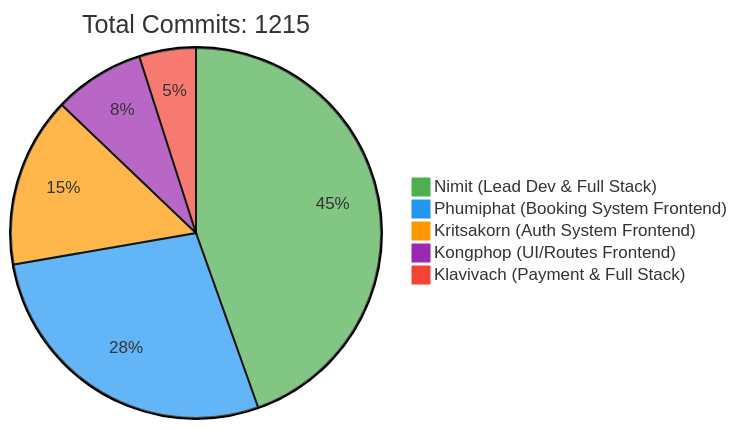
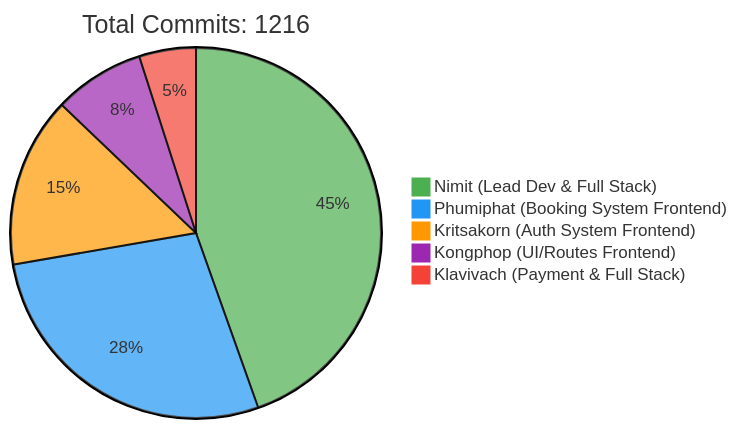
The first of 2 diagrams in README.md (6531503042/Sport-Complex), drawn with Mermaid before and after one commit. The commit also changed other lines of this file, not shown here.

Commit message:
docs: Update contributor statistics [skip ci]

````diff
--- a/README.md
+++ b/README.md
@@ -257,10 +257,10 @@
 ```mermaid
 %%{init: {'theme': 'base', 'themeVariables': { 'pie1': '#4CAF50', 'pie2': '#2196F3', 'pie3': '#FF9800', 'pie4': '#9C27B0', 'pie5': '#F44336'}}}%%
 pie
-    title Total Commits: 1215
+    title Total Commits: 1216
     "Nimit (Lead Dev & Full Stack)" : 450
     "Phumiphat (Booking System Frontend)" : 280
     "Kritsakorn (Auth System Frontend)" : 150
     "Kongphop (UI/Routes Frontend)" : 80
     "Klavivach (Payment & Full Stack)" : 50
 ```
````
